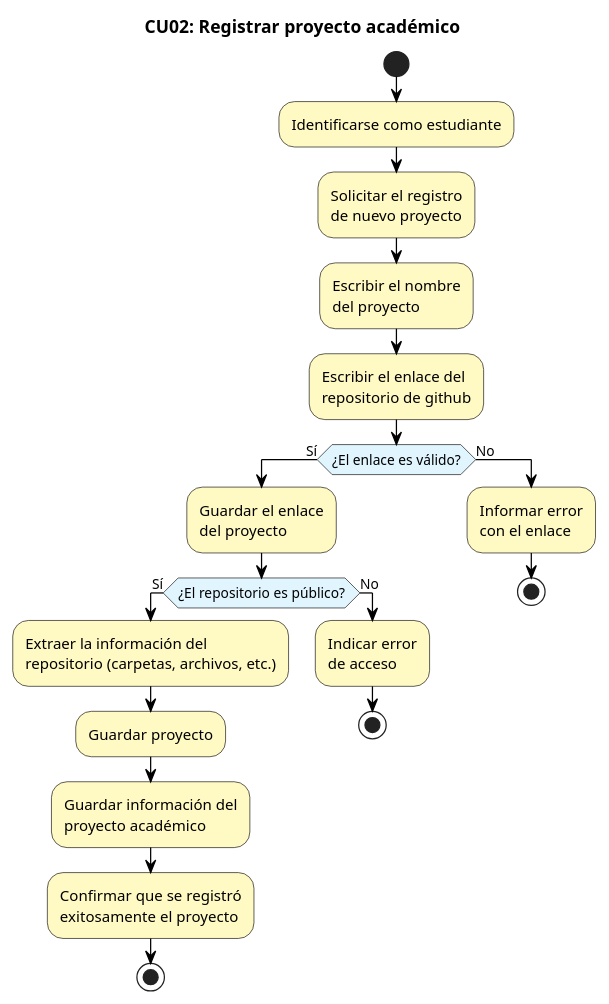
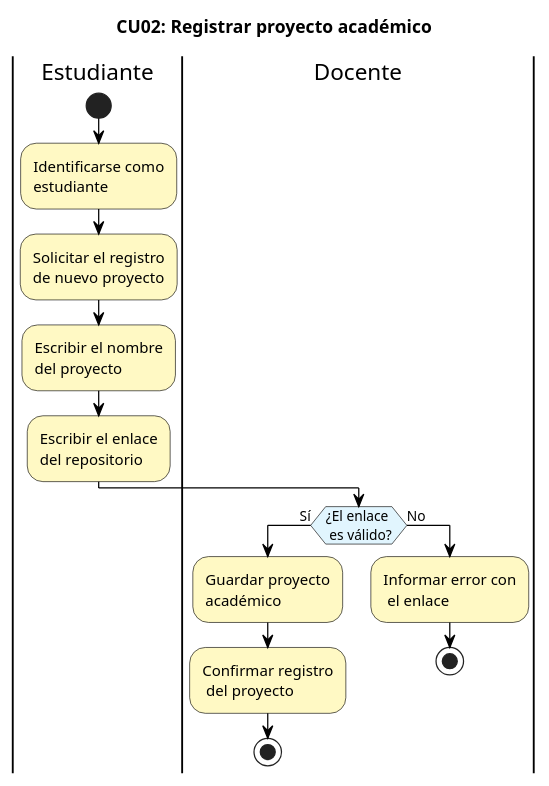
Before and after one commit to ErickBaja05/GR4_1BT3_622_26B: the diagram in docs/incremento1/activityDiagrams/cu02-registrarProyecto.puml, drawn with PlantUML. The commit also changed 2 other files, not shown here.

Commit message:
Corrijo diagramas CU02-resgistrarProyecto

```diff
--- a/docs/incremento1/activityDiagrams/cu02-registrarProyecto.puml
+++ b/docs/incremento1/activityDiagrams/cu02-registrarProyecto.puml
@@ -1,36 +1,34 @@
 @startuml
 skinparam activity {
   BackgroundColor #FFF9C4
   BorderColor Black
   FontColor Black
   ArrowColor Black
   DiamondBackgroundColor #E1F5FE
   DiamondBorderColor Black
   DiamondFontColor Black
 }
 
 title CU02: Registrar proyecto académico
 
+|Estudiante|
 start
-:Identificarse como estudiante;
+:Identificarse como\nestudiante;
+
 :Solicitar el registro\nde nuevo proyecto;
+
 :Escribir el nombre\ndel proyecto;
-:Escribir el enlace del\nrepositorio de github;
 
-if (¿El enlace es válido?) then (Sí)
-  :Guardar el enlace\ndel proyecto;
-  if (¿El repositorio es público?) then (Sí)
-    :Extraer la información del\nrepositorio (carpetas, archivos, etc.);
-    :Guardar proyecto;
-    :Guardar información del\nproyecto académico;
-    :Confirmar que se registró\nexitosamente el proyecto;
-    stop
-  else (No)
-    :Indicar error\nde acceso;
-    stop
-  endif
+:Escribir el enlace\ndel repositorio;
+
+|Docente|
+if (¿El enlace \n es válido?) then (Sí)
+  :Guardar proyecto\nacadémico;
+  
+  :Confirmar registro\n del proyecto;
+  stop
 else (No)
-  :Informar error\ncon el enlace;
+  :Informar error con\n el enlace;
   stop
 endif
 @enduml
```
